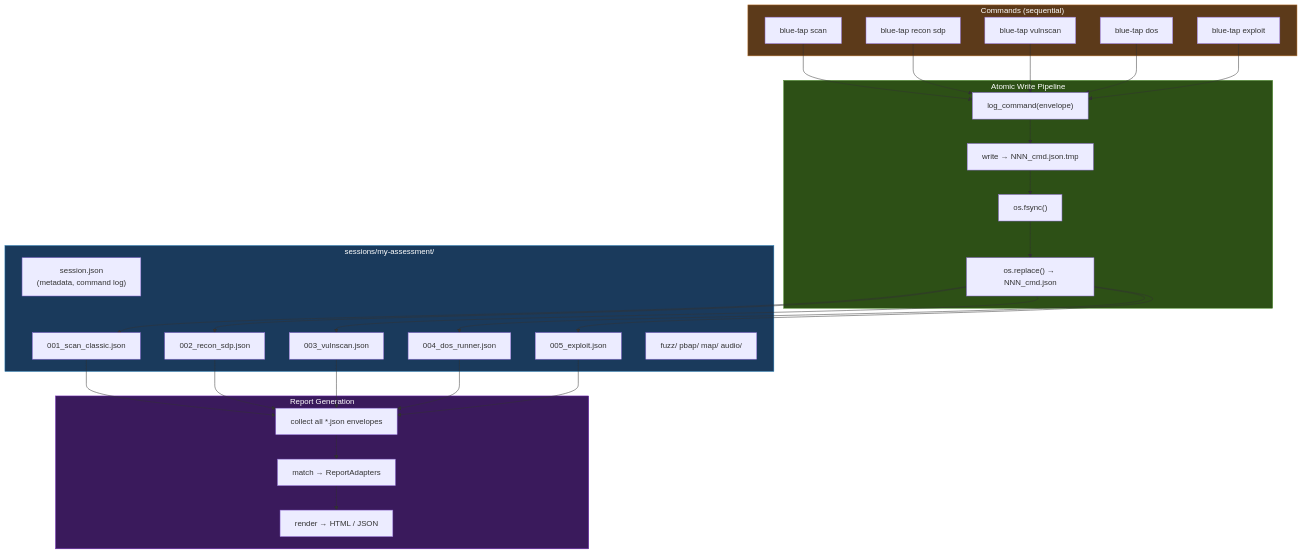
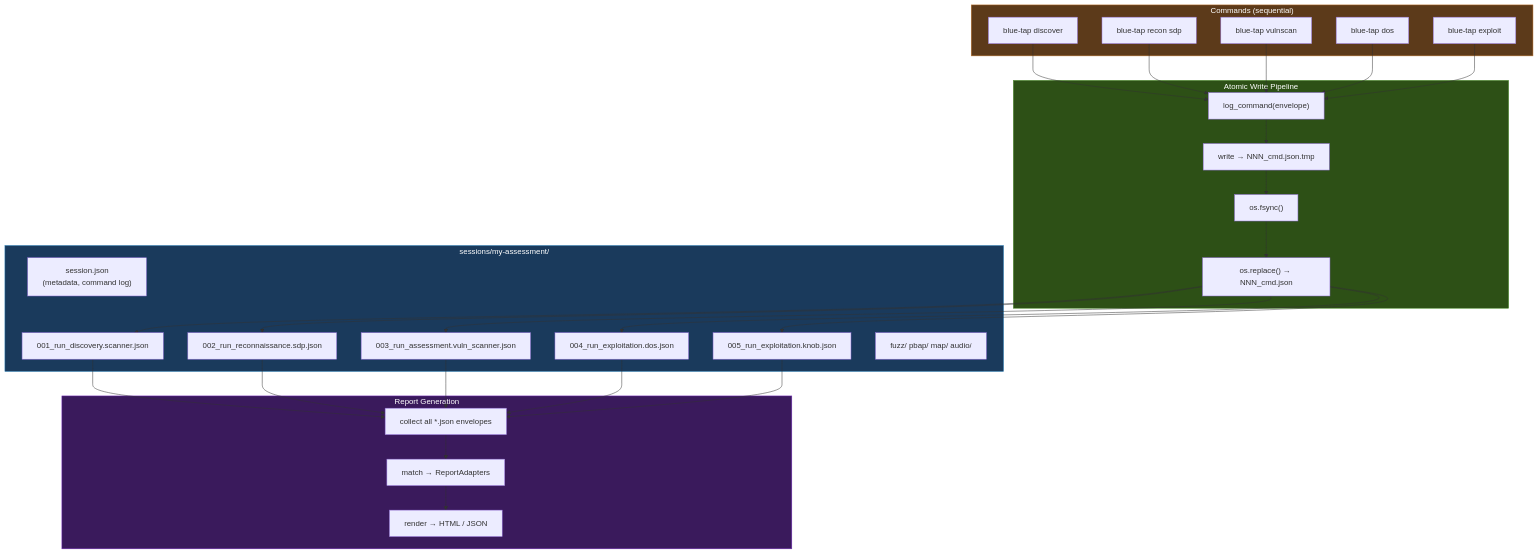
One commit to Indspl0it/blue-tap changed the seventh of 8 diagrams in docs/developer/architecture.md. Above: the diagram before and after it, drawn with Mermaid. The commit also changed other lines of this file and 10 other files, not shown here.

````diff
--- a/docs/developer/architecture.md
+++ b/docs/developer/architecture.md
@@ -533,44 +533,44 @@
 ```mermaid
 flowchart TD
     subgraph commands["Commands (sequential)"]
-        scan["blue-tap scan"]
+        scan["blue-tap discover"]
         recon["blue-tap recon sdp"]
         vuln["blue-tap vulnscan"]
         dos["blue-tap dos"]
         exploit["blue-tap exploit"]
     end
 
     subgraph write_pipeline["Atomic Write Pipeline"]
         log["log_command(envelope)"]
         tmp["write → NNN_cmd.json.tmp"]
         fsync["os.fsync()"]
         replace["os.replace() → NNN_cmd.json"]
     end
 
     subgraph session_dir["sessions/my-assessment/"]
         meta["session.json<br/>(metadata, command log)"]
-        f1["001_scan_classic.json"]
-        f2["002_recon_sdp.json"]
-        f3["003_vulnscan.json"]
-        f4["004_dos_runner.json"]
-        f5["005_exploit.json"]
+        f1["001_run_discovery.scanner.json"]
+        f2["002_run_reconnaissance.sdp.json"]
+        f3["003_run_assessment.vuln_scanner.json"]
+        f4["004_run_exploitation.dos.json"]
+        f5["005_run_exploitation.knob.json"]
         artifacts["fuzz/ pbap/ map/ audio/"]
     end
 
     subgraph report_gen["Report Generation"]
         collect["collect all *.json envelopes"]
         match["match → ReportAdapters"]
         render["render → HTML / JSON"]
     end
 
     scan & recon & vuln & dos & exploit --> log
     log --> tmp --> fsync --> replace
     replace --> f1 & f2 & f3 & f4 & f5
     meta ~~~ f1
     f1 & f2 & f3 & f4 & f5 --> collect --> match --> render
 
     style commands fill:#5c3a1a,stroke:#b97029,color:#fff
     style write_pipeline fill:#2d5016,stroke:#4a8c2a,color:#fff
     style session_dir fill:#1a3a5c,stroke:#2980b9,color:#fff
     style report_gen fill:#3a1a5c,stroke:#7029b9,color:#fff
 ```
````
